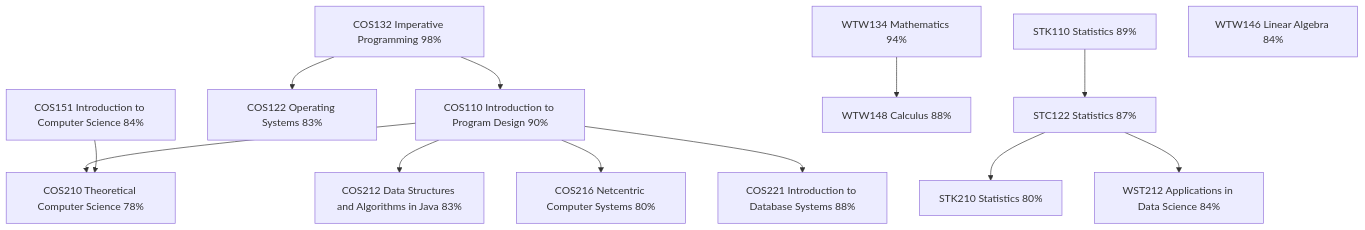
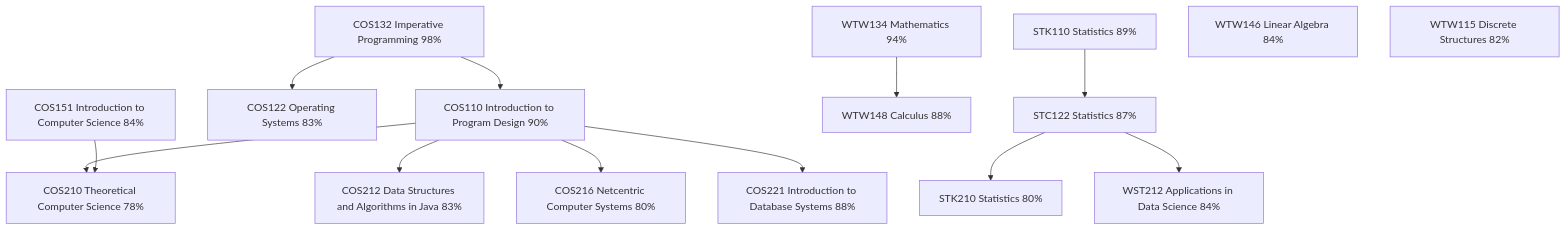
The diagram in README.md (FJNel/FJNel), drawn with Mermaid before and after one commit.

````diff
--- a/README.md
+++ b/README.md
@@ -11,15 +11,16 @@
 ```mermaid
 graph TD
     COS132["COS132 Imperative Programming 98%"] --> COS110["COS110 Introduction to Program Design 90%"]
     COS132 --> COS122["COS122 Operating Systems 83%"]
     STK110["STK110 Statistics 89%"] --> STC122["STC122 Statistics 87%"]
     WTW134["WTW134 Mathematics 94%"] --> WTW148["WTW148 Calculus 88%"]
     WTW146["WTW146 Linear Algebra 84%"]
+    WTW115["WTW115 Discrete Structures 82%"]
     COS110 --> COS210["COS210 Theoretical Computer Science 78%"]
     COS151["COS151 Introduction to Computer Science 84%"] --> COS210
     COS110 --> COS212["COS212 Data Structures and Algorithms in Java 83%"]
     COS110 --> COS216["COS216 Netcentric Computer Systems 80%"]
     COS110 --> COS221["COS221 Introduction to Database Systems 88%"]
     STC122 --> STK210["STK210 Statistics 80%"]
     STC122 --> WST212["WST212 Applications in Data Science 84%"]
 ```
````
